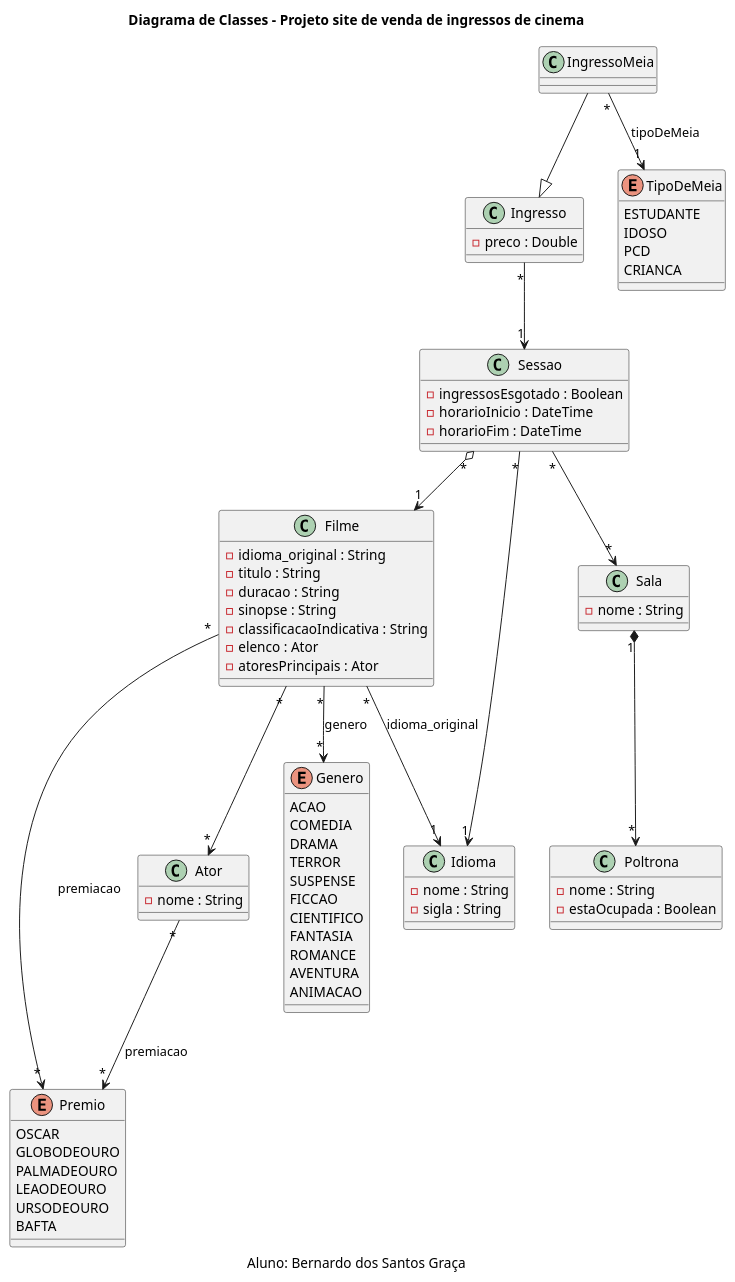
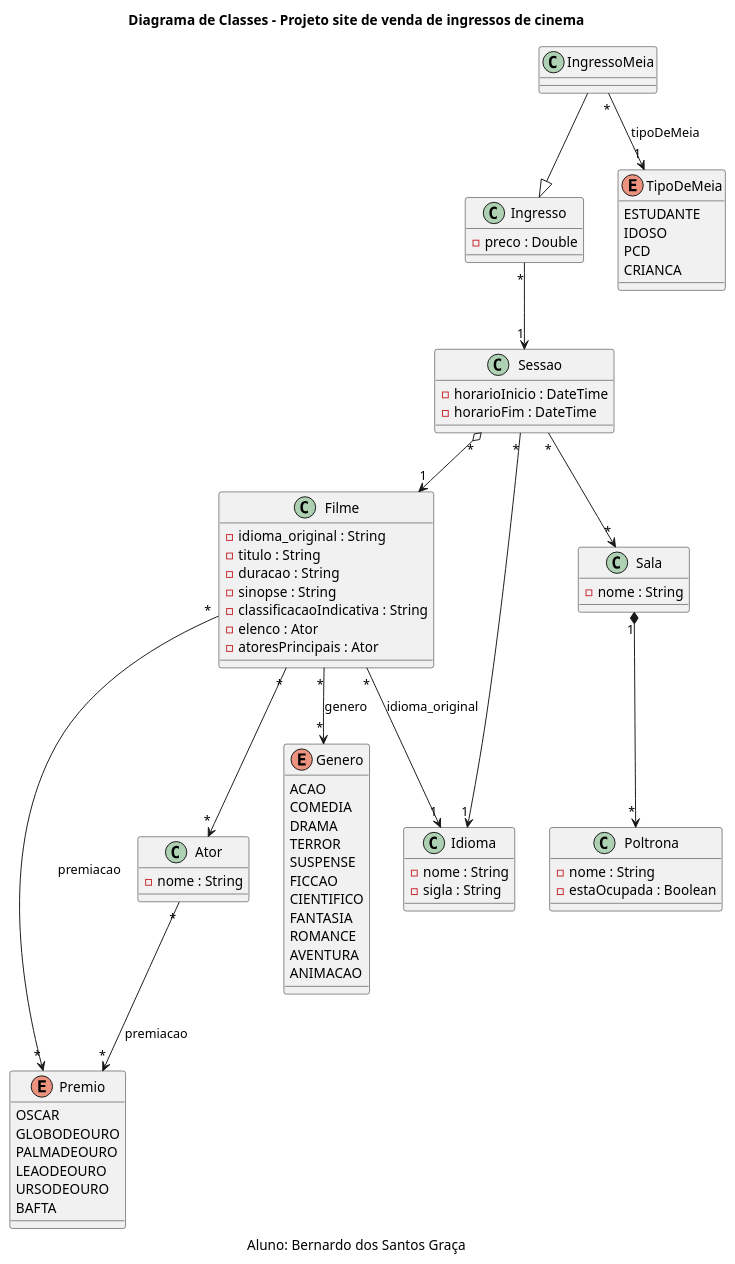
The diagram in diagrams/diagrama-de-classes.puml (bernardoDSG/svi-tp1-api), drawn with PlantUML before and after one commit. The commit also changed 21 other files, not shown here.

```diff
--- a/diagrams/diagrama-de-classes.puml
+++ b/diagrams/diagrama-de-classes.puml
@@ -1,112 +1,111 @@
 @startuml diagrama
 title Diagrama de Classes - Projeto site de venda de ingressos de cinema
 caption Aluno: Bernardo dos Santos Graça
 
 ' --------------------
 ' Classes principais
 ' --------------------
 
 class Filme {
     - idioma_original : String
     - titulo : String
     - duracao : String
     - sinopse : String
     - classificacaoIndicativa : String
     - elenco : Ator
     - atoresPrincipais : Ator
 }
 
 class IngressoMeia{
     
 }
 
 enum Premio {
     OSCAR 
     GLOBODEOURO
     PALMADEOURO
     LEAODEOURO
     URSODEOURO
     BAFTA
 }
 
 enum Genero {
     ACAO 
     COMEDIA
     DRAMA 
     TERROR 
     SUSPENSE 
     FICCAO 
     CIENTIFICO 
     FANTASIA 
     ROMANCE 
     AVENTURA 
     ANIMACAO
 }
 
 enum TipoDeMeia {
     ESTUDANTE
     IDOSO
     PCD 
     CRIANCA
 
 }
 
 class Ator {
     - nome : String
 }
 
 class Sessao {
-    - ingressosEsgotado : Boolean
     - horarioInicio : DateTime
     - horarioFim : DateTime
     
 }
 
 class Sala {
     - nome : String
 }
 
 class Poltrona {
     - nome : String
     - estaOcupada : Boolean
 }
 
 class Ingresso {
     - preco : Double
     
 }
 class Idioma{
     - nome : String
     - sigla : String
 }
 
 ' --------------------
 ' Subclasses
 ' --------------------
 
 
 
 
 
 ' --------------------
 ' Herança
 ' --------------------
 
 IngressoMeia --|> Ingresso
 
 ' --------------------
 ' Relacionamentos
 ' --------------------
 Filme "*" --> "*" Ator
 Filme "*" --> "*" Genero : genero
 Filme "*" --> "*" Premio : premiacao
 Ator "*" --> "*" Premio : premiacao
 Filme "*" --> "1" Idioma : idioma_original
 IngressoMeia "*" --> "1" TipoDeMeia : tipoDeMeia
 Ingresso "*" --> "1" Sessao
 Sessao "*" --> "*" Sala
 Sessao "*" --> "1" Idioma
 Sala "1" *--> "*" Poltrona
 Sessao "*" o--> "1" Filme
 
 @enduml
```
